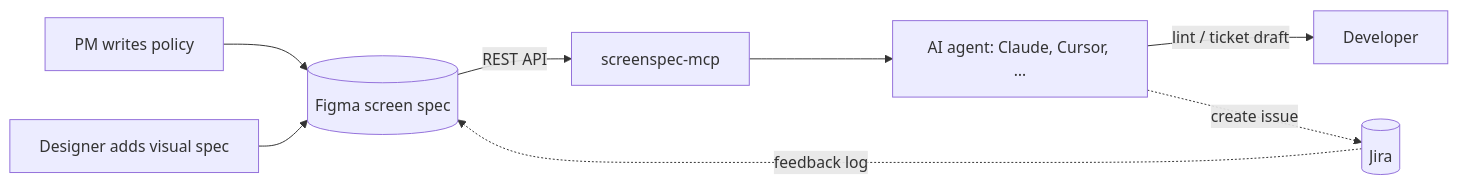
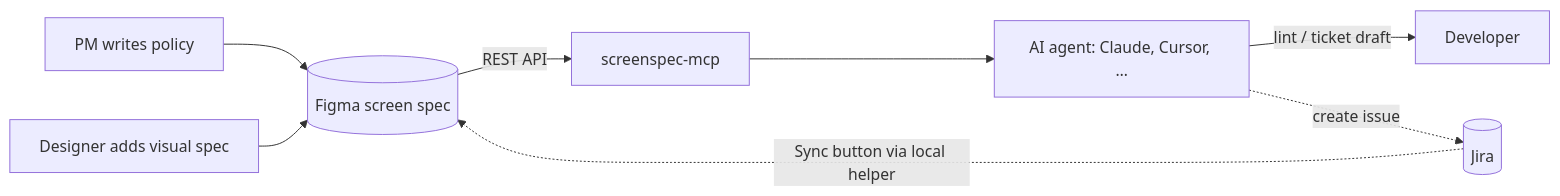
One commit to cherryeongyeo/screenspec-mcp changed the diagram in README.md. Above: the diagram before and after it, drawn with Mermaid. The commit also changed other lines of this file and 11 other files, not shown here.

First line of the commit message:
feat: v0.4 — Figma plugin Sync button refreshes the Feedback Log from Jira

````diff
--- a/README.md
+++ b/README.md
@@ -218,10 +233,10 @@
 ```mermaid
 flowchart LR
   PM[PM writes policy] --> F[(Figma screen spec)]
   D[Designer adds visual spec] --> F
   F -- REST API --> S[screenspec-mcp]
   S --> A[AI agent: Claude, Cursor, …]
   A -- lint / ticket draft --> DEV[Developer]
   A -. create issue .-> J[(Jira)]
-  J -. feedback log .-> F
+  J -. Sync button via local helper .-> F
 ```
````
